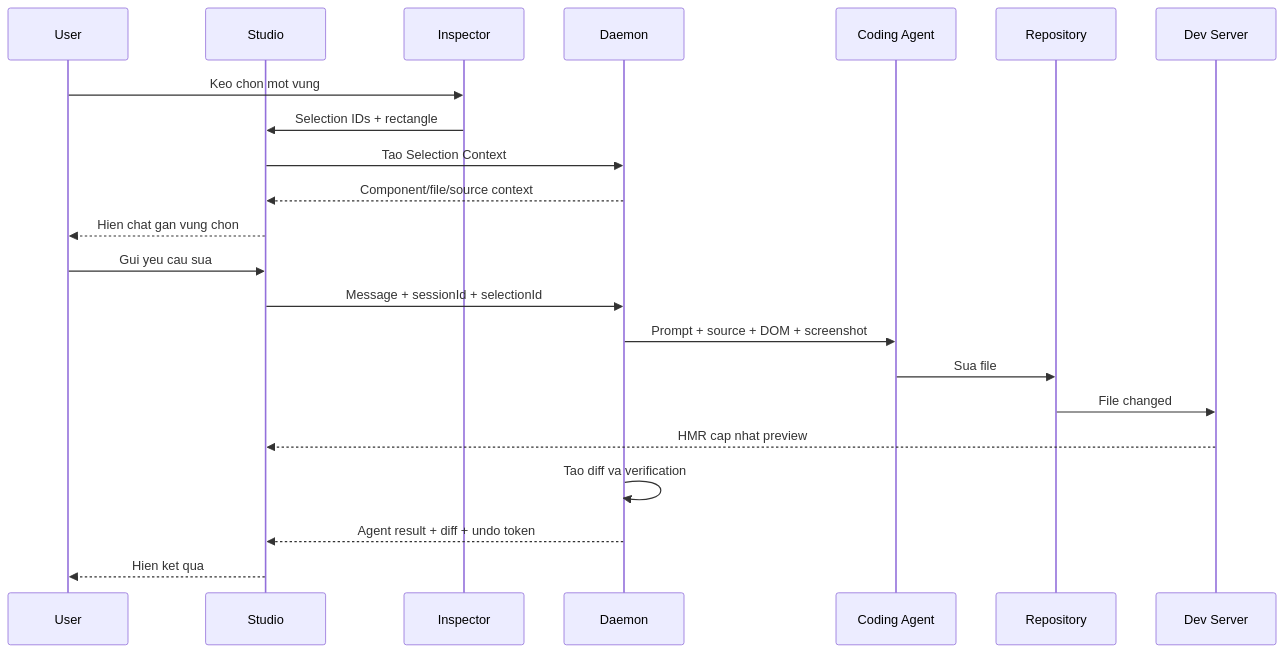
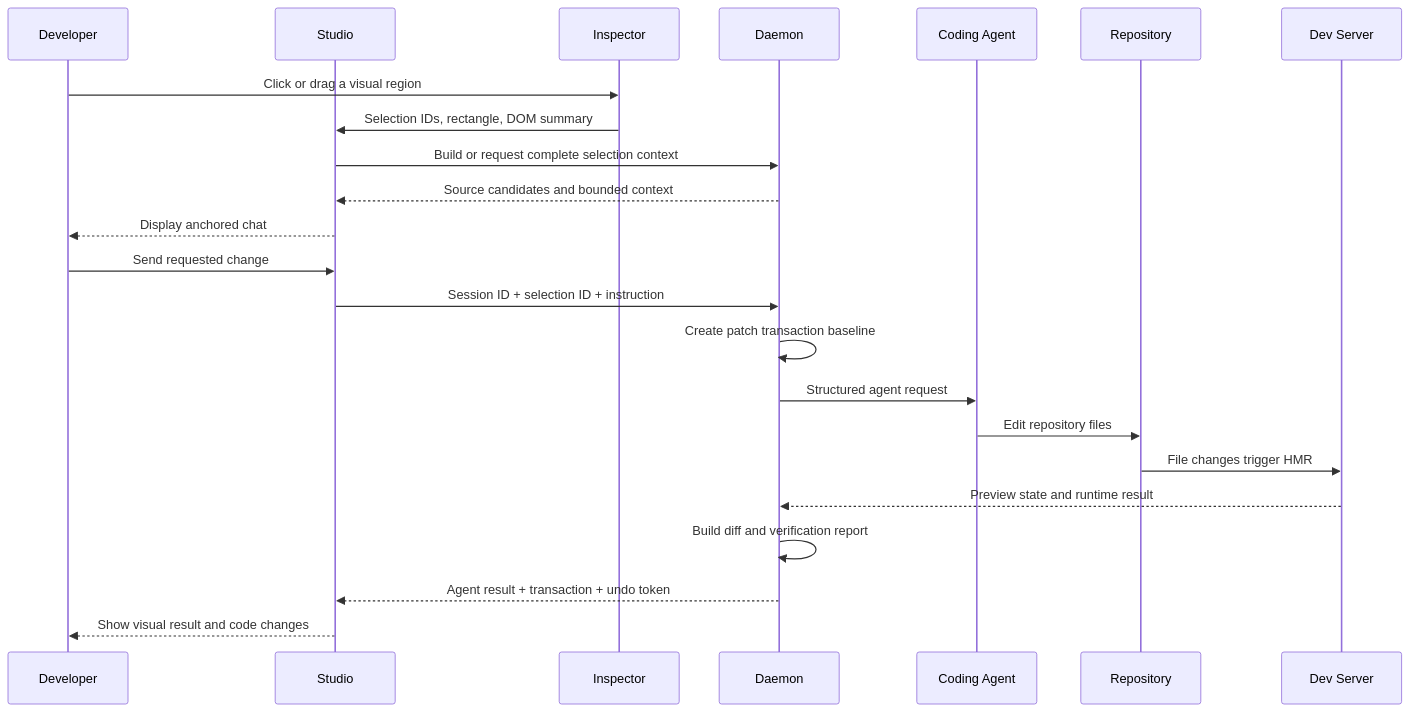
One commit to TQCuong241/PatchLens-AI changed the second of 2 diagrams in PATCHLENS_IMPLEMENTATION_PLAN.md. Above: the diagram before and after it, drawn with Mermaid. The commit also changed other lines of this file and 35 other files, not shown here.

````diff
--- a/PATCHLENS_IMPLEMENTATION_PLAN.md
+++ b/PATCHLENS_IMPLEMENTATION_PLAN.md
@@ -435,25 +524,26 @@
 ```mermaid
 sequenceDiagram
-    participant U as User
+    participant U as Developer
     participant S as Studio
     participant I as Inspector
     participant D as Daemon
     participant A as Coding Agent
     participant R as Repository
     participant V as Dev Server
 
-    U->>I: Keo chon mot vung
-    I->>S: Selection IDs + rectangle
-    S->>D: Tao Selection Context
-    D-->>S: Component/file/source context
-    S-->>U: Hien chat gan vung chon
-    U->>S: Gui yeu cau sua
-    S->>D: Message + sessionId + selectionId
-    D->>A: Prompt + source + DOM + screenshot
-    A->>R: Sua file
-    R->>V: File changed
-    V-->>S: HMR cap nhat preview
-    D->>D: Tao diff va verification
-    D-->>S: Agent result + diff + undo token
-    S-->>U: Hien ket qua
+    U->>I: Click or drag a visual region
+    I->>S: Selection IDs, rectangle, DOM summary
+    S->>D: Build or request complete selection context
+    D-->>S: Source candidates and bounded context
+    S-->>U: Display anchored chat
+    U->>S: Send requested change
+    S->>D: Session ID + selection ID + instruction
+    D->>D: Create patch transaction baseline
+    D->>A: Structured agent request
+    A->>R: Edit repository files
+    R->>V: File changes trigger HMR
+    V-->>D: Preview state and runtime result
+    D->>D: Build diff and verification report
+    D-->>S: Agent result + transaction + undo token
+    S-->>U: Show visual result and code changes
 ```
````
